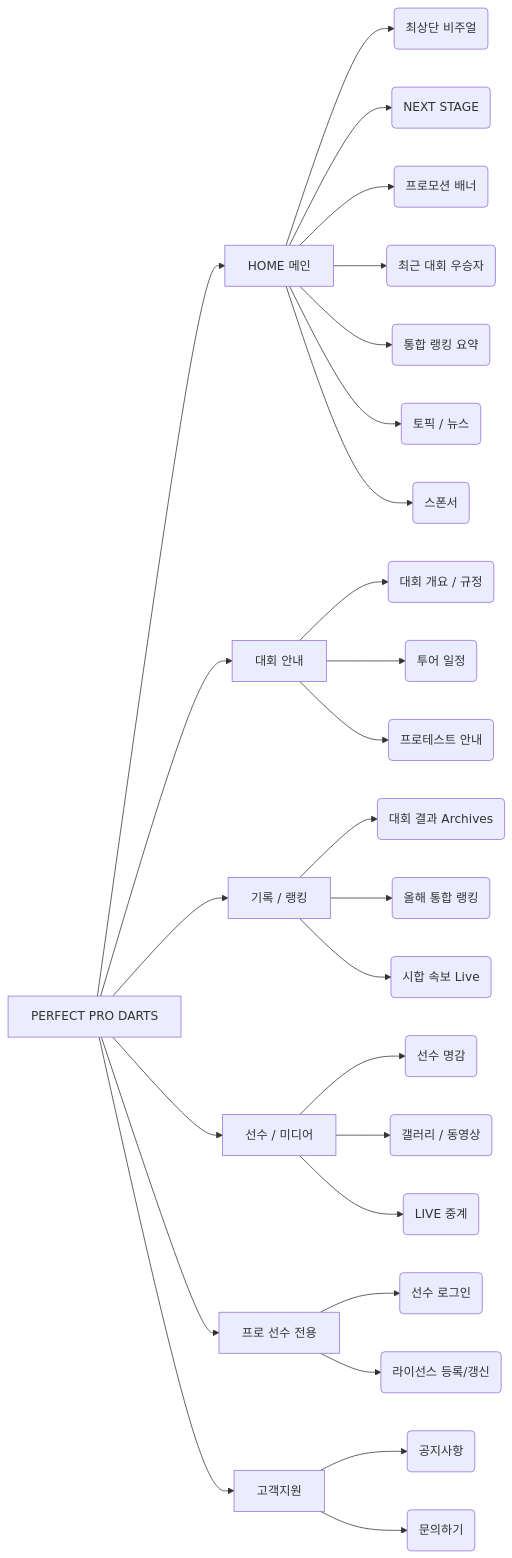
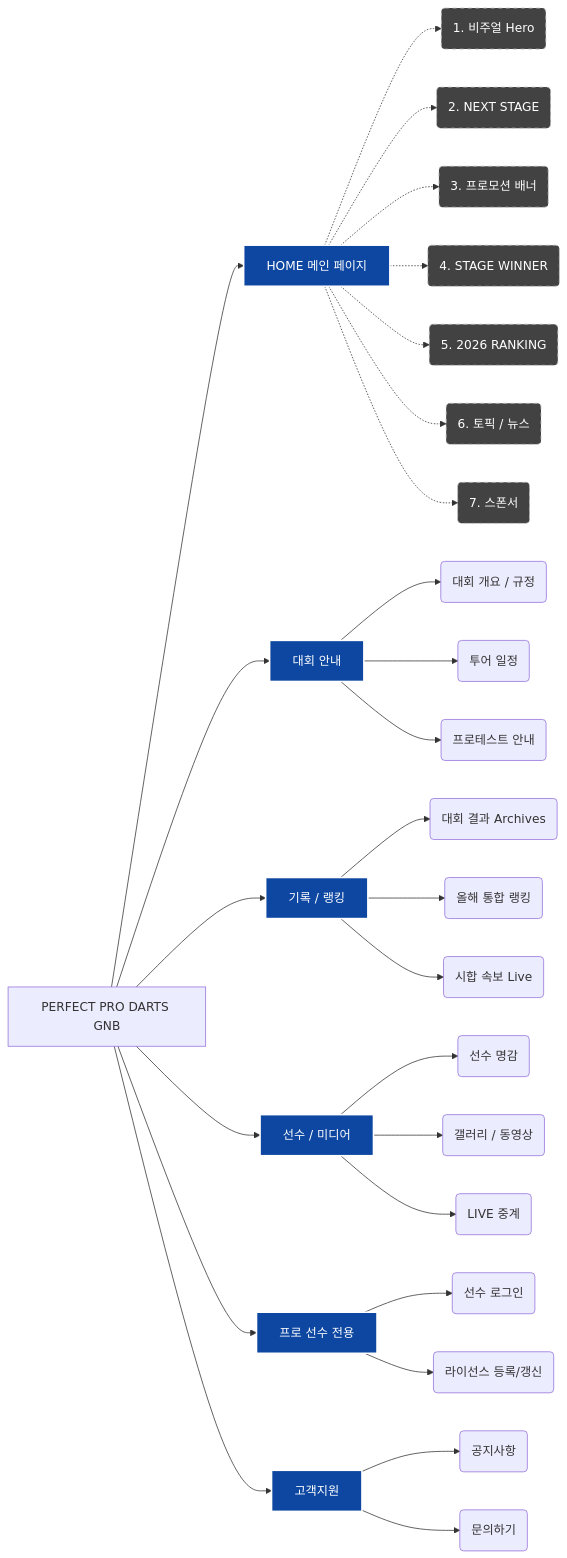
Before and after one commit to yuhyeon-uxui/phoenixdarts_prodarts: the diagram in docs/implementation_plan.md, drawn with Mermaid. The commit also changed 1 other file, not shown here.

Commit message:
docs: clarify IA to distinguish home sections from sub-pages

````diff
--- a/docs/implementation_plan.md
+++ b/docs/implementation_plan.md
@@ -24,36 +24,41 @@
 ```mermaid
 graph LR
-    Root[PERFECT PRO DARTS]
+    Root[PERFECT PRO DARTS GNB]
     
-    Root --> A[HOME 메인]
-    A --> A1(최상단 비주얼)
-    A --> A2(NEXT STAGE)
-    A --> A3(프로모션 배너)
-    A --> A4(최근 대회 우승자)
-    A --> A5(통합 랭킹 요약)
-    A --> A6(토픽 / 뉴스)
-    A --> A7(스폰서)
+    Root --> A[HOME 메인 페이지]
+    A -.-> A1(1. 비주얼 Hero)
+    A -.-> A2(2. NEXT STAGE)
+    A -.-> A3(3. 프로모션 배너)
+    A -.-> A4(4. STAGE WINNER)
+    A -.-> A5(5. 2026 RANKING)
+    A -.-> A6(6. 토픽 / 뉴스)
+    A -.-> A7(7. 스폰서)
     
     Root --> B[대회 안내]
     B --> B1(대회 개요 / 규정)
     B --> B2(투어 일정)
     B --> B3(프로테스트 안내)
     
     Root --> C[기록 / 랭킹]
     C --> C1(대회 결과 Archives)
     C --> C2(올해 통합 랭킹)
     C --> C3(시합 속보 Live)
     
     Root --> D[선수 / 미디어]
     D --> D1(선수 명감)
     D --> D2(갤러리 / 동영상)
     D --> D3(LIVE 중계)
     
     Root --> E[프로 선수 전용]
     E --> E1(선수 로그인)
     E --> E2(라이선스 등록/갱신)
     
     Root --> F[고객지원]
     F --> F1(공지사항)
     F --> F2(문의하기)
+
+    classDef page fill:#0d47a1,stroke:#fff,stroke-width:2px,color:#fff;
+    classDef section fill:#424242,stroke:#bdbdbd,stroke-width:1px,color:#fff,stroke-dasharray: 5 5;
+    class A,B,C,D,E,F page;
+    class A1,A2,A3,A4,A5,A6,A7 section;
 ```
````
